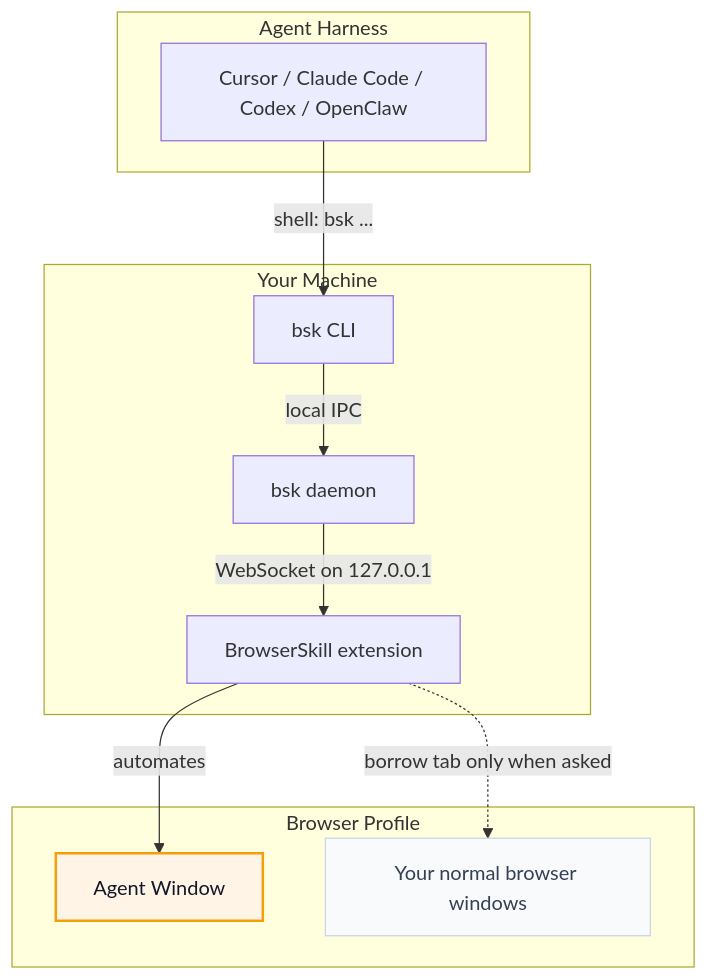
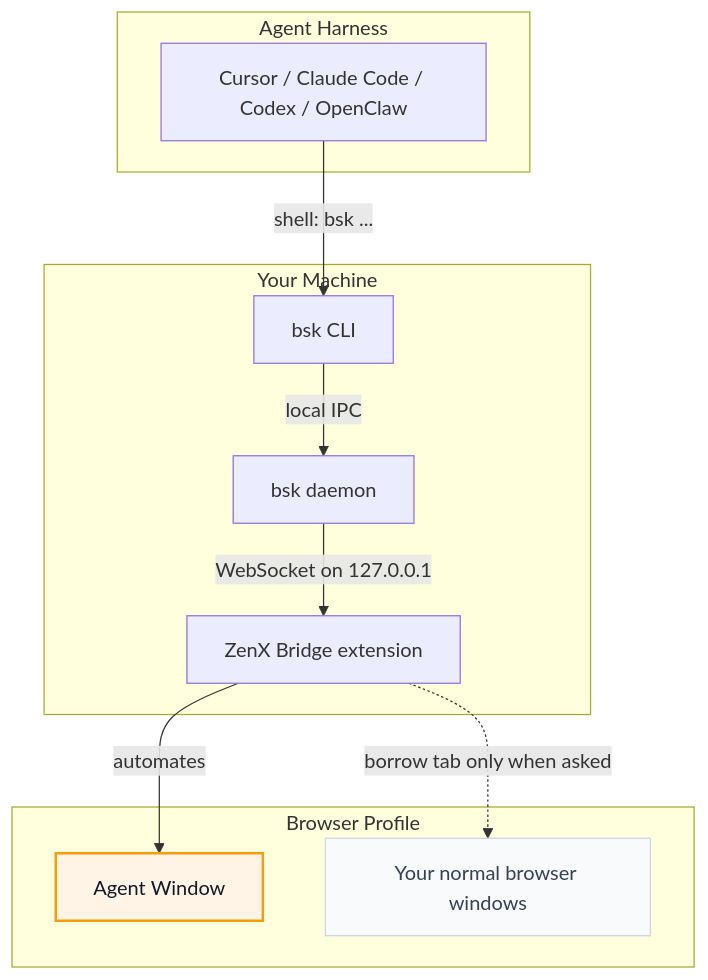
The diagram in README.md (916938/browserskill-new), drawn with Mermaid before and after one commit. The commit also changed other lines of this file and 42 other files, not shown here.

First line of the commit message:
feat: rename the product to ZenX Bridge

````diff
--- a/README.md
+++ b/README.md
@@ -320,26 +320,26 @@
 ```mermaid
 flowchart TB
   subgraph Harness["Agent Harness"]
     Agent["Cursor / Claude Code / Codex / OpenClaw"]
   end
 
   subgraph Local["Your Machine"]
     CLI["bsk CLI"]
     Daemon["bsk daemon"]
-    Extension["BrowserSkill extension"]
+    Extension["ZenX Bridge extension"]
   end
 
   subgraph Browser["Browser Profile"]
     AgentWindow["Agent Window"]
     UserWindows["Your normal browser windows"]
   end
 
   Agent -->|"shell: bsk ..."| CLI
   CLI -->|"local IPC"| Daemon
   Daemon -->|"WebSocket on 127.0.0.1"| Extension
   Extension -->|"automates"| AgentWindow
   Extension -.->|"borrow tab only when asked"| UserWindows
 
   style AgentWindow fill:#fff4e6,stroke:#f59e0b,stroke-width:2px,color:#111827
   style UserWindows fill:#f8fafc,stroke:#cbd5e1,color:#334155
 ```
````
